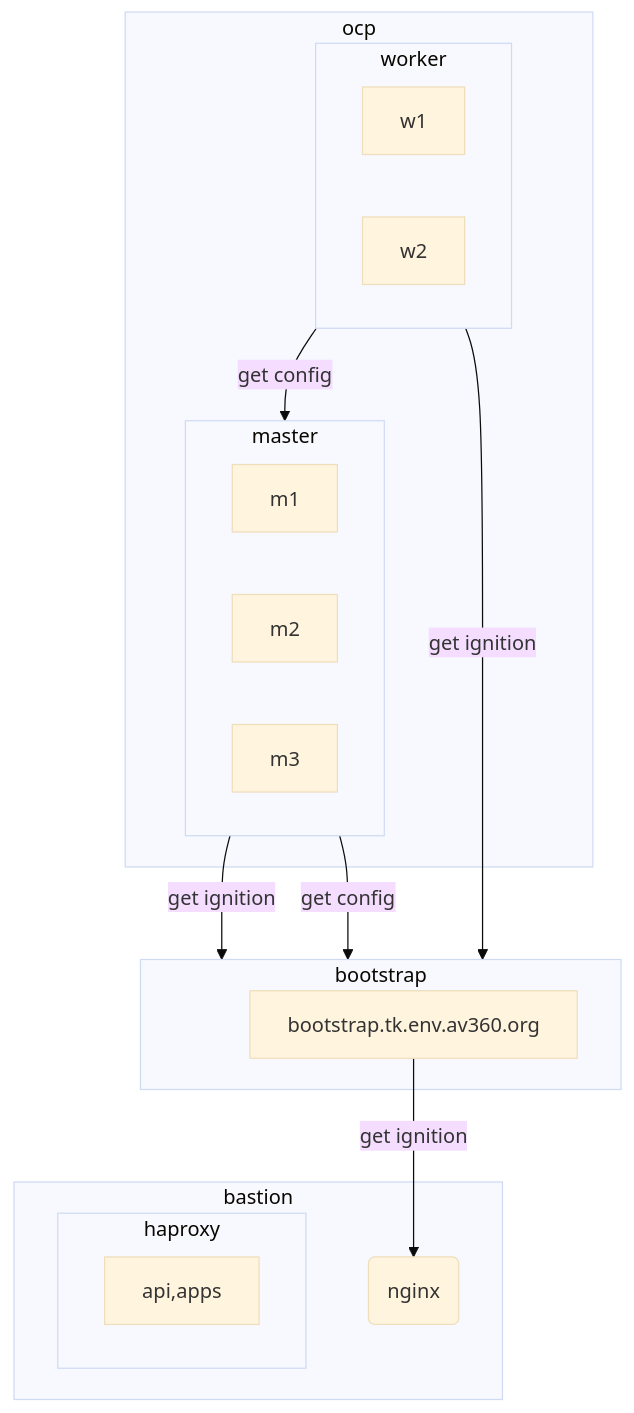
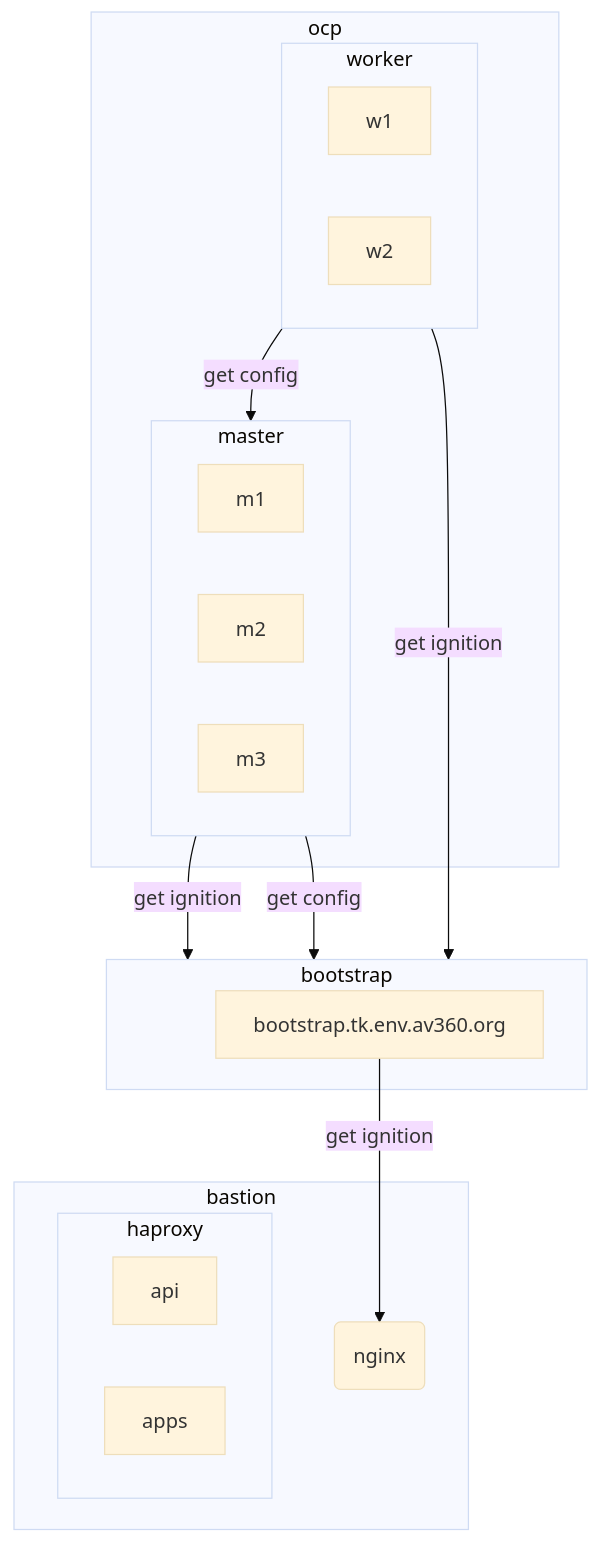
One commit to tkops/ocp4 changed the diagram in README.md. Above: the diagram before and after it, drawn with Mermaid (base theme).

````diff
--- a/README.md
+++ b/README.md
@@ -3,27 +3,27 @@
 ```mermaid
 flowchart TD
     subgraph ocp
        subgraph master
            m1;m2;m3
         end
         subgraph worker
           w1;w2
         end
     end
     subgraph bootstrap
       b1[bootstrap.tk.env.av360.org]
     end
     subgraph bastion
       n1(nginx)
       subgraph haproxy
-         api,apps
+         api;apps
       end
     end
     b1 --get ignition--> n1
     master --get ignition--> bootstrap
     master --get config--> bootstrap
     worker --get ignition--> bootstrap
     worker --get config--> master
 
     
 ```
````
